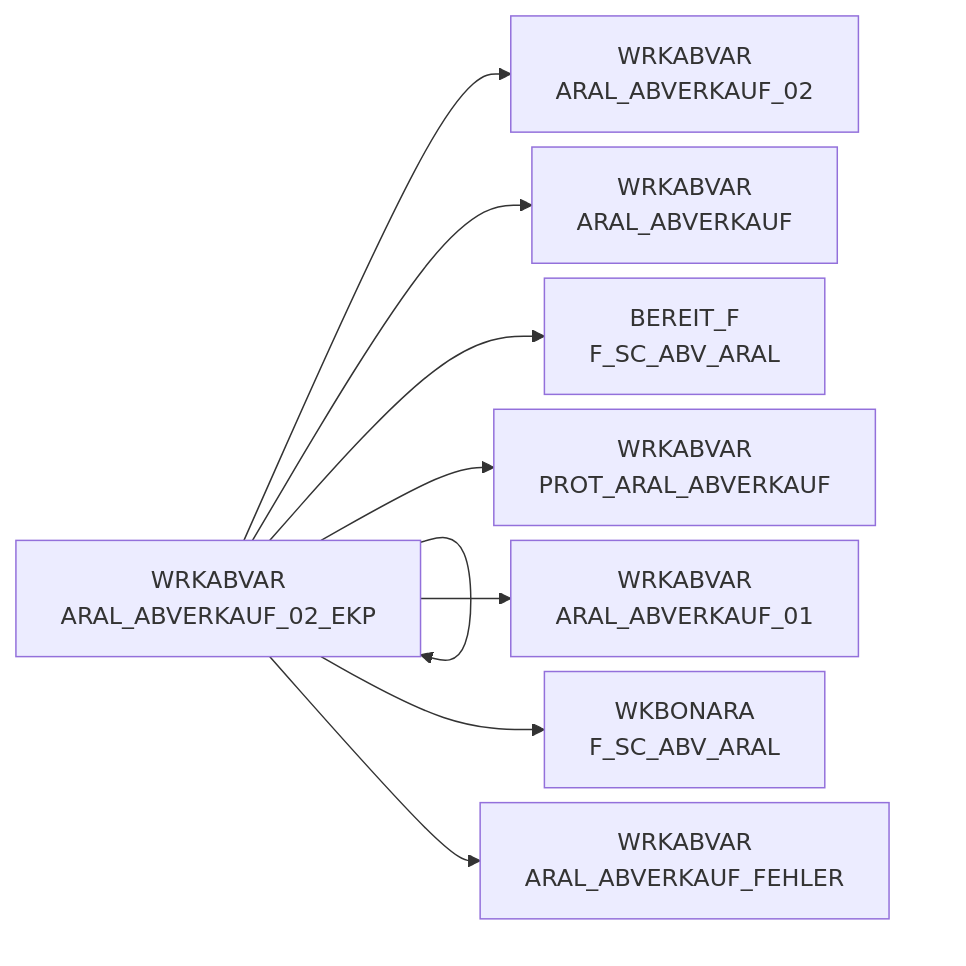
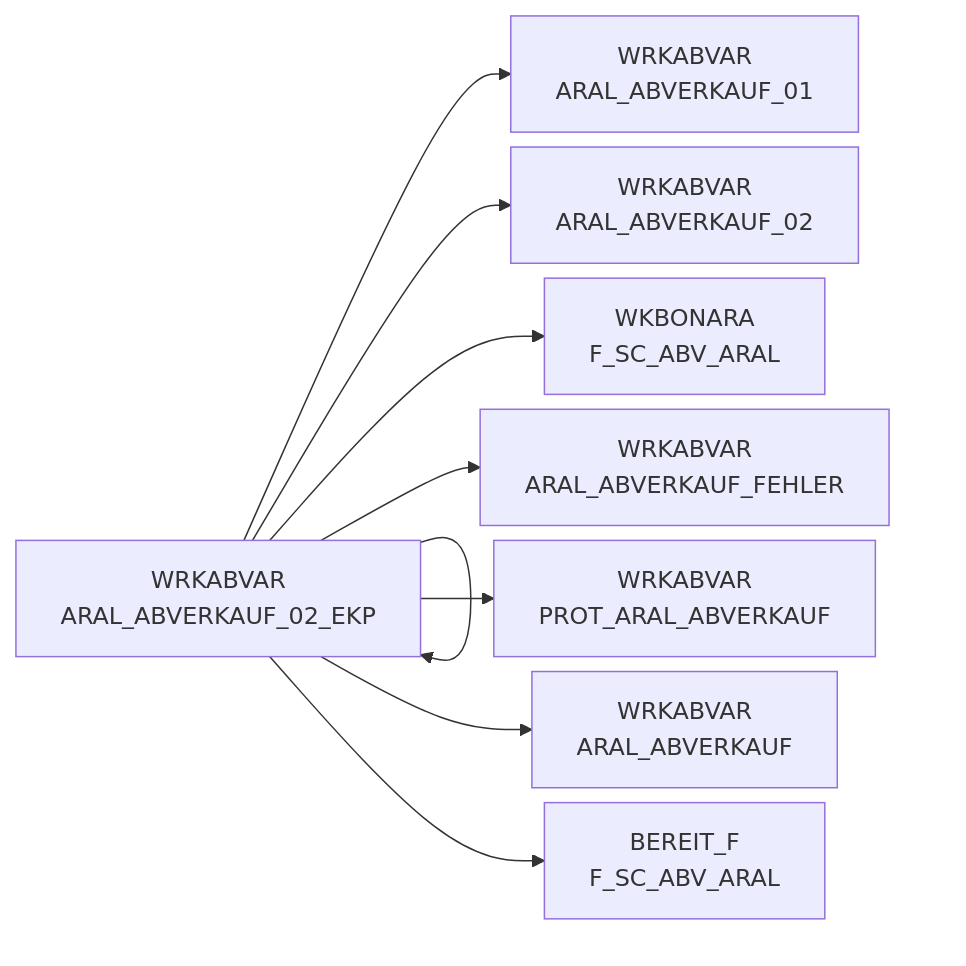
One commit to integration-factory-de/sas_code_docs changed the diagram in docs/Tables/WRKABVAR/ARAL_ABVERKAUF_02_EKP.md. Above: the diagram before and after it, drawn with Mermaid. The commit also changed other lines of this file and 129 other files, not shown here.

````diff
--- a/docs/Tables/WRKABVAR/ARAL_ABVERKAUF_02_EKP.md
+++ b/docs/Tables/WRKABVAR/ARAL_ABVERKAUF_02_EKP.md
@@ -9,30 +15,30 @@
 ```mermaid
 %%{init: {'flowchart': { 'nodeSpacing': 10, 'rankSpacing': 40, 'rankdir': 'TB' }}}%%
 
 flowchart LR
 
+  WRKABVAR.ARAL_ABVERKAUF_02_EKP["WRKABVAR<br/>ARAL_ABVERKAUF_02_EKP"] --> WRKABVAR.ARAL_ABVERKAUF_01["WRKABVAR<br/>ARAL_ABVERKAUF_01"]
+  WRKABVAR.ARAL_ABVERKAUF_02_EKP["WRKABVAR<br/>ARAL_ABVERKAUF_02_EKP"] --> WRKABVAR.ARAL_ABVERKAUF_02_EKP["WRKABVAR<br/>ARAL_ABVERKAUF_02_EKP"]
   WRKABVAR.ARAL_ABVERKAUF_02_EKP["WRKABVAR<br/>ARAL_ABVERKAUF_02_EKP"] --> WRKABVAR.ARAL_ABVERKAUF_02["WRKABVAR<br/>ARAL_ABVERKAUF_02"]
+  WRKABVAR.ARAL_ABVERKAUF_02_EKP["WRKABVAR<br/>ARAL_ABVERKAUF_02_EKP"] --> WKBONARA.F_SC_ABV_ARAL["WKBONARA<br/>F_SC_ABV_ARAL"]
+  WRKABVAR.ARAL_ABVERKAUF_02_EKP["WRKABVAR<br/>ARAL_ABVERKAUF_02_EKP"] --> WRKABVAR.ARAL_ABVERKAUF_FEHLER["WRKABVAR<br/>ARAL_ABVERKAUF_FEHLER"]
+  WRKABVAR.ARAL_ABVERKAUF_02_EKP["WRKABVAR<br/>ARAL_ABVERKAUF_02_EKP"] --> WRKABVAR.PROT_ARAL_ABVERKAUF["WRKABVAR<br/>PROT_ARAL_ABVERKAUF"]
   WRKABVAR.ARAL_ABVERKAUF_02_EKP["WRKABVAR<br/>ARAL_ABVERKAUF_02_EKP"] --> WRKABVAR.ARAL_ABVERKAUF["WRKABVAR<br/>ARAL_ABVERKAUF"]
   WRKABVAR.ARAL_ABVERKAUF_02_EKP["WRKABVAR<br/>ARAL_ABVERKAUF_02_EKP"] --> BEREIT_F.F_SC_ABV_ARAL["BEREIT_F<br/>F_SC_ABV_ARAL"]
-  WRKABVAR.ARAL_ABVERKAUF_02_EKP["WRKABVAR<br/>ARAL_ABVERKAUF_02_EKP"] --> WRKABVAR.PROT_ARAL_ABVERKAUF["WRKABVAR<br/>PROT_ARAL_ABVERKAUF"]
-  WRKABVAR.ARAL_ABVERKAUF_02_EKP["WRKABVAR<br/>ARAL_ABVERKAUF_02_EKP"] --> WRKABVAR.ARAL_ABVERKAUF_01["WRKABVAR<br/>ARAL_ABVERKAUF_01"]
-  WRKABVAR.ARAL_ABVERKAUF_02_EKP["WRKABVAR<br/>ARAL_ABVERKAUF_02_EKP"] --> WKBONARA.F_SC_ABV_ARAL["WKBONARA<br/>F_SC_ABV_ARAL"]
-  WRKABVAR.ARAL_ABVERKAUF_02_EKP["WRKABVAR<br/>ARAL_ABVERKAUF_02_EKP"] --> WRKABVAR.ARAL_ABVERKAUF_02_EKP["WRKABVAR<br/>ARAL_ABVERKAUF_02_EKP"]
-  WRKABVAR.ARAL_ABVERKAUF_02_EKP["WRKABVAR<br/>ARAL_ABVERKAUF_02_EKP"] --> WRKABVAR.ARAL_ABVERKAUF_FEHLER["WRKABVAR<br/>ARAL_ABVERKAUF_FEHLER"]
   click WRKABVAR.ARAL_ABVERKAUF_02_EKP "../../tables/WRKABVAR/ARAL_ABVERKAUF_02_EKP"
   click WRKABVAR.ARAL_ABVERKAUF_02_EKP "../../tables/WRKABVAR/ARAL_ABVERKAUF_02_EKP"
   click WRKABVAR.ARAL_ABVERKAUF_02_EKP "../../tables/WRKABVAR/ARAL_ABVERKAUF_02_EKP"
   click WRKABVAR.ARAL_ABVERKAUF_02_EKP "../../tables/WRKABVAR/ARAL_ABVERKAUF_02_EKP"
   click WRKABVAR.ARAL_ABVERKAUF_02_EKP "../../tables/WRKABVAR/ARAL_ABVERKAUF_02_EKP"
   click WRKABVAR.ARAL_ABVERKAUF_02_EKP "../../tables/WRKABVAR/ARAL_ABVERKAUF_02_EKP"
   click WRKABVAR.ARAL_ABVERKAUF_02_EKP "../../tables/WRKABVAR/ARAL_ABVERKAUF_02_EKP"
   click WRKABVAR.ARAL_ABVERKAUF_02_EKP "../../tables/WRKABVAR/ARAL_ABVERKAUF_02_EKP"
+  click WRKABVAR.ARAL_ABVERKAUF_01 "../../tables/WRKABVAR/ARAL_ABVERKAUF_01"
+  click WRKABVAR.ARAL_ABVERKAUF_02_EKP "../../tables/WRKABVAR/ARAL_ABVERKAUF_02_EKP"
   click WRKABVAR.ARAL_ABVERKAUF_02 "../../tables/WRKABVAR/ARAL_ABVERKAUF_02"
+  click WKBONARA.F_SC_ABV_ARAL "../../tables/WKBONARA/F_SC_ABV_ARAL"
+  click WRKABVAR.ARAL_ABVERKAUF_FEHLER "../../tables/WRKABVAR/ARAL_ABVERKAUF_FEHLER"
+  click WRKABVAR.PROT_ARAL_ABVERKAUF "../../tables/WRKABVAR/PROT_ARAL_ABVERKAUF"
   click WRKABVAR.ARAL_ABVERKAUF "../../tables/WRKABVAR/ARAL_ABVERKAUF"
   click BEREIT_F.F_SC_ABV_ARAL "../../tables/BEREIT_F/F_SC_ABV_ARAL"
-  click WRKABVAR.PROT_ARAL_ABVERKAUF "../../tables/WRKABVAR/PROT_ARAL_ABVERKAUF"
-  click WRKABVAR.ARAL_ABVERKAUF_01 "../../tables/WRKABVAR/ARAL_ABVERKAUF_01"
-  click WKBONARA.F_SC_ABV_ARAL "../../tables/WKBONARA/F_SC_ABV_ARAL"
-  click WRKABVAR.ARAL_ABVERKAUF_02_EKP "../../tables/WRKABVAR/ARAL_ABVERKAUF_02_EKP"
-  click WRKABVAR.ARAL_ABVERKAUF_FEHLER "../../tables/WRKABVAR/ARAL_ABVERKAUF_FEHLER"
 ```
````
